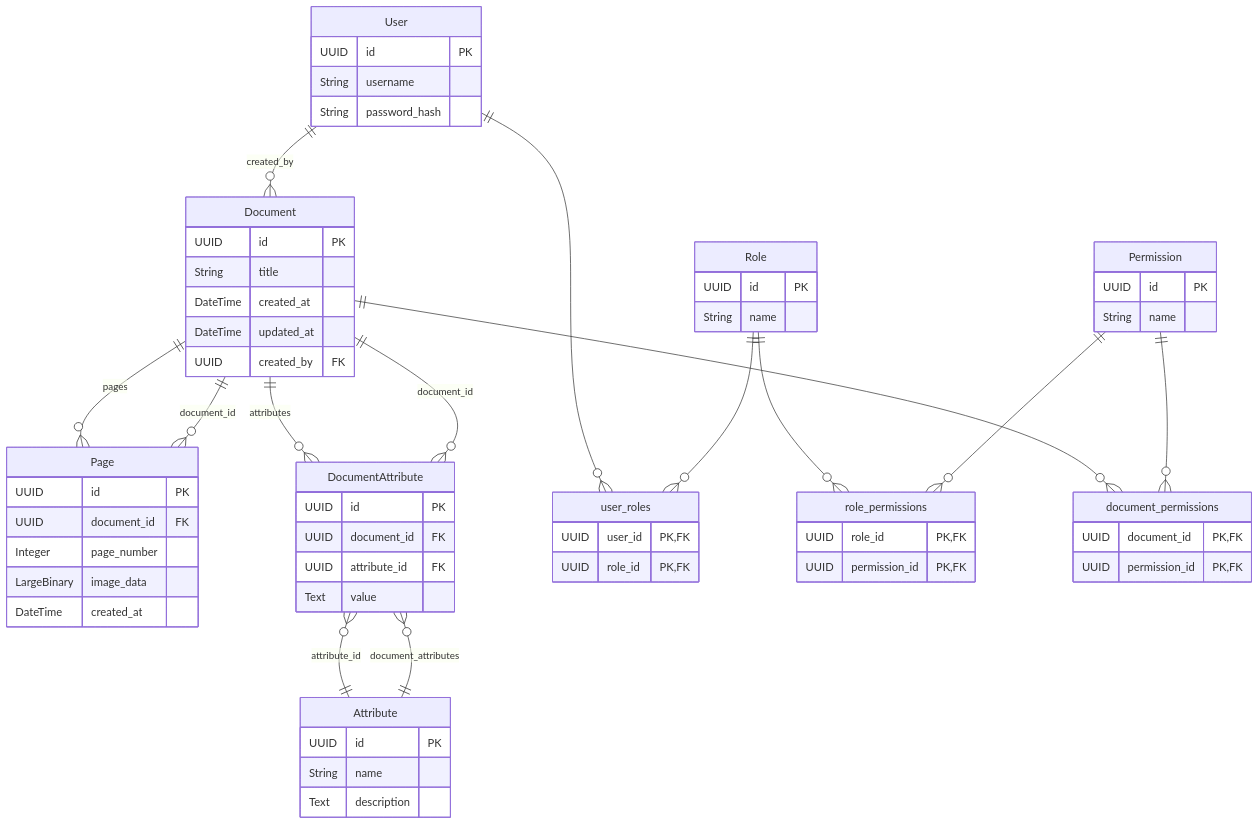
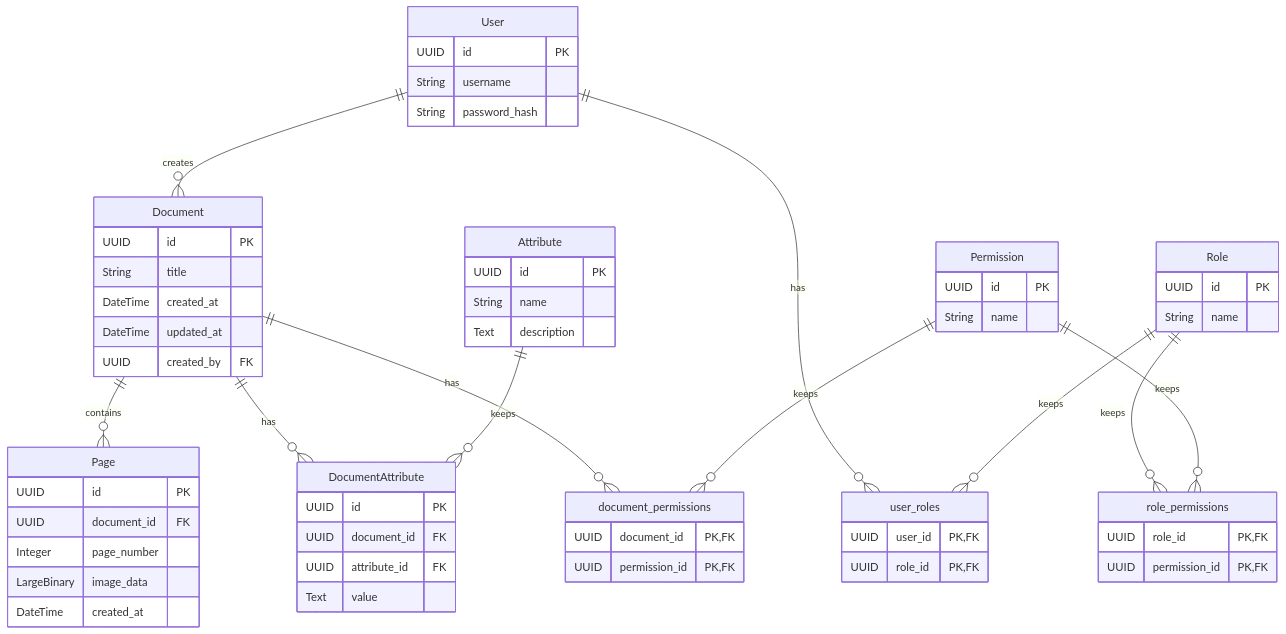
One commit to thunderquack/arc-be changed the diagram in database/scheme.md. Above: the diagram before and after it, drawn with Mermaid.

Commit message:
better scheme

````diff
--- a/database/scheme.md
+++ b/database/scheme.md
@@ -3,77 +3,74 @@
 ```mermaid
 erDiagram
     User {
         UUID id PK
         String username
         String password_hash
     }
     
     Role {
         UUID id PK
         String name
     }
     
     Permission {
         UUID id PK
         String name
     }
     
     Document {
         UUID id PK
         String title
         DateTime created_at
         DateTime updated_at
         UUID created_by FK
     }
     
     Page {
         UUID id PK
         UUID document_id FK
         Integer page_number
         LargeBinary image_data
         DateTime created_at
     }
     
     Attribute {
         UUID id PK
         String name
         Text description
     }
     
     DocumentAttribute {
         UUID id PK
         UUID document_id FK
         UUID attribute_id FK
         Text value
     }
 
     user_roles {
         UUID user_id PK, FK
         UUID role_id PK, FK
     }
     
     role_permissions {
         UUID role_id PK, FK
         UUID permission_id PK, FK
     }
     
     document_permissions {
         UUID document_id PK, FK
         UUID permission_id PK, FK
     }
 
-    User ||--o{ Document : "created_by"
-    User ||--o{ user_roles : ""
-    Role ||--o{ user_roles : ""
-    Role ||--o{ role_permissions : ""
-    Permission ||--o{ role_permissions : ""
-    Document ||--o{ Page : "pages"
-    Document ||--o{ DocumentAttribute : "attributes"
-    Document ||--o{ document_permissions : ""
-    Page }o--|| Document : "document_id"
-    Attribute ||--o{ DocumentAttribute : "document_attributes"
-    DocumentAttribute }o--|| Document : "document_id"
-    DocumentAttribute }o--|| Attribute : "attribute_id"
-    Permission ||--o{ document_permissions : ""
+    User ||--o{ Document : "creates"
+    User ||--o{ user_roles : "has"
+    Role ||--o{ user_roles : "keeps"
+    Role ||--o{ role_permissions : "keeps"
+    Permission ||--o{ role_permissions : "keeps"
+    Document ||--o{ Page : "contains"
+    Document ||--o{ DocumentAttribute : "has"
+    Document ||--o{ document_permissions : "has"
+    Attribute ||--o{ DocumentAttribute : "keeps"
+    Permission ||--o{ document_permissions : "keeps"
 
 ```
````
